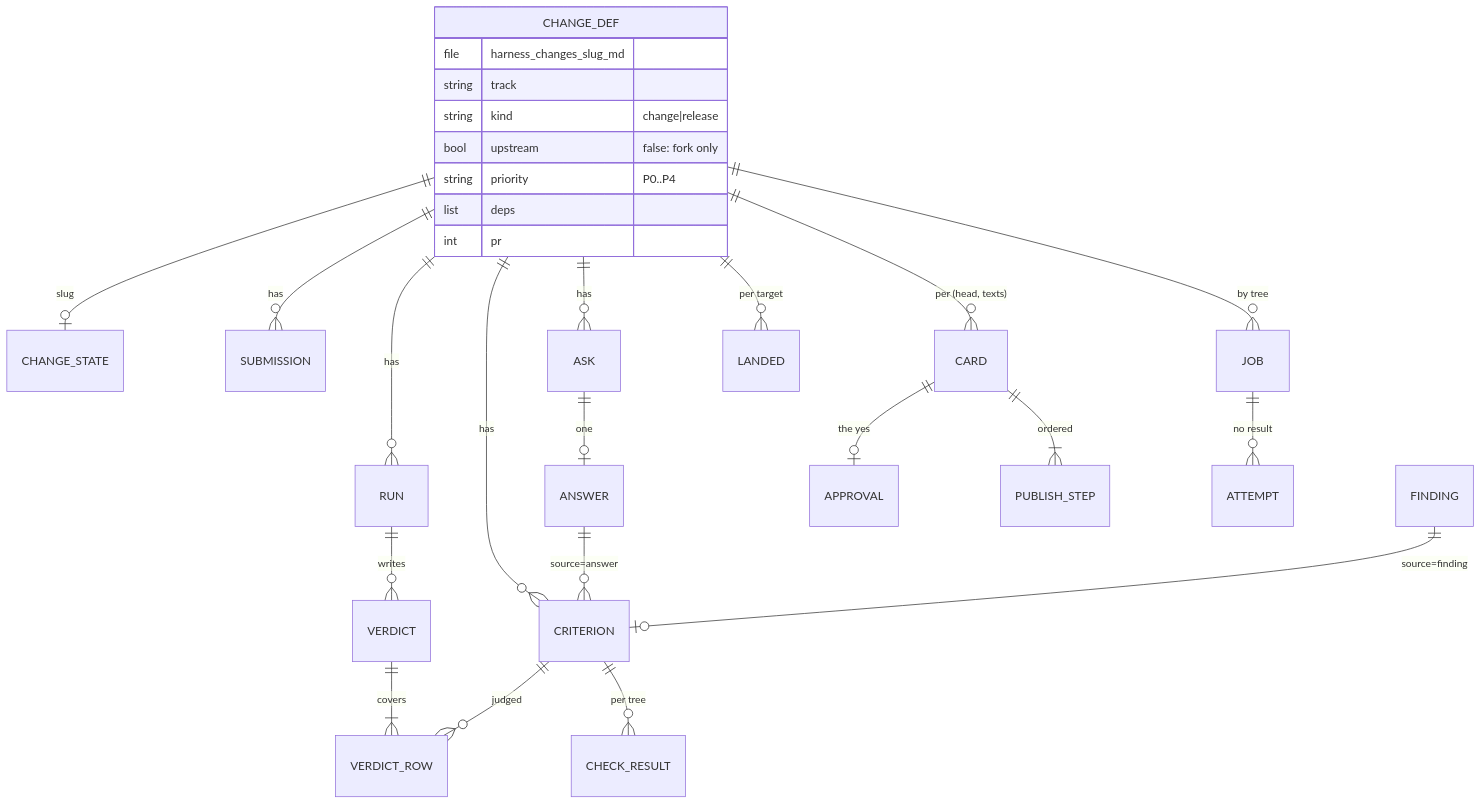
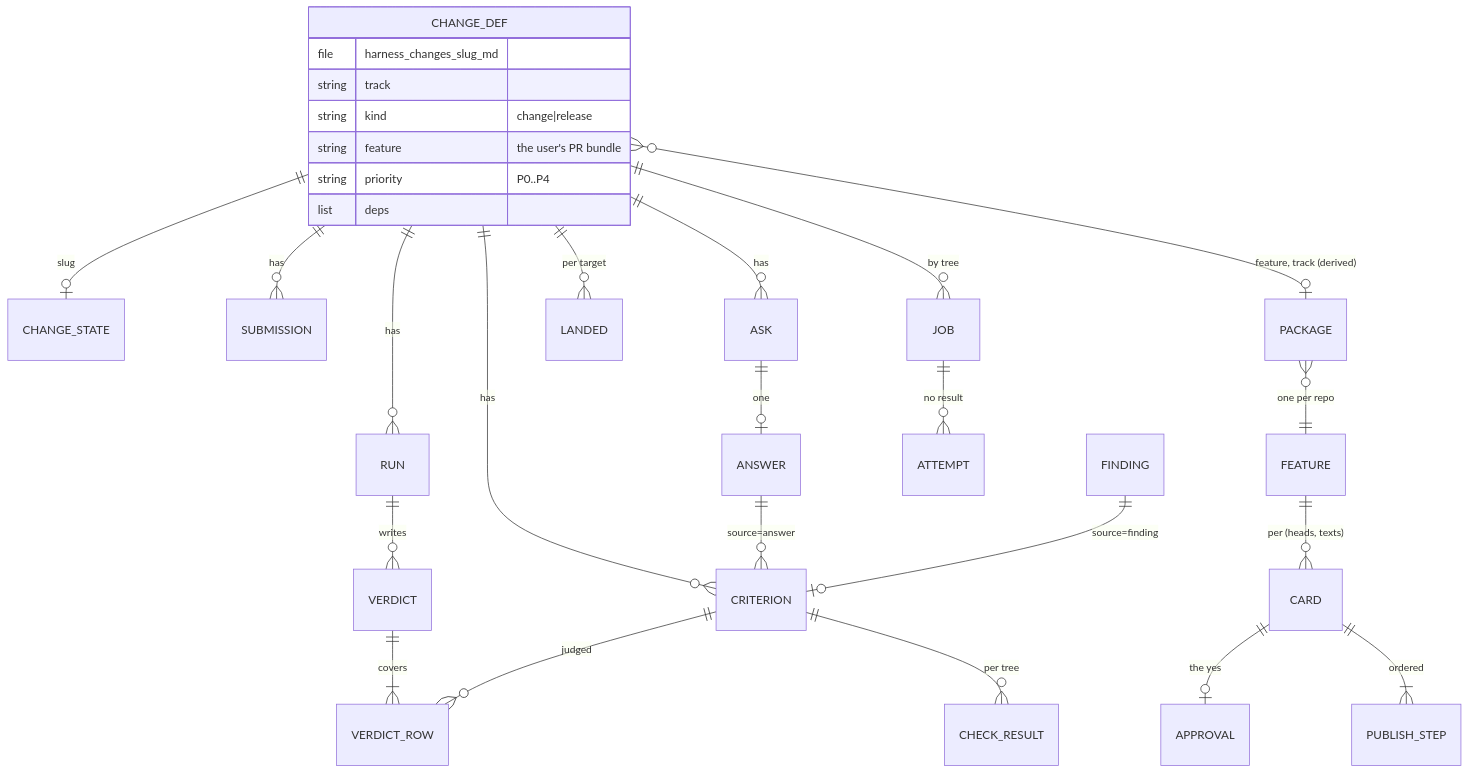
One commit to AlexPerrin/RuneHarness changed the first of 8 diagrams in docs/ARCHITECTURE.md. Above: the diagram before and after it, drawn with Mermaid. The commit also changed other lines of this file and 40 other files, not shown here.

````diff
--- a/docs/ARCHITECTURE.md
+++ b/docs/ARCHITECTURE.md
@@ -190,30 +193,31 @@
 ```mermaid
 erDiagram
   CHANGE_DEF ||--o| CHANGE_STATE : "slug"
   CHANGE_DEF ||--o{ RUN : has
   CHANGE_DEF ||--o{ SUBMISSION : has
   CHANGE_DEF ||--o{ CRITERION : has
   CRITERION ||--o{ CHECK_RESULT : "per tree"
   RUN ||--o{ VERDICT : writes
   VERDICT ||--|{ VERDICT_ROW : covers
   CRITERION ||--o{ VERDICT_ROW : judged
   CHANGE_DEF ||--o{ ASK : has
   ASK ||--o| ANSWER : "one"
   ANSWER ||--o{ CRITERION : "source=answer"
   FINDING ||--o| CRITERION : "source=finding"
-  CHANGE_DEF ||--o{ CARD : "per (head, texts)"
   CARD ||--o| APPROVAL : "the yes"
   CARD ||--|{ PUBLISH_STEP : "ordered"
   CHANGE_DEF ||--o{ JOB : "by tree"
   JOB ||--o{ ATTEMPT : "no result"
   CHANGE_DEF ||--o{ LANDED : "per target"
   CHANGE_DEF {
     file harness_changes_slug_md
     string track
     string kind "change|release"
-    bool upstream "false: fork only"
+    string feature "the user's PR bundle"
     string priority "P0..P4"
     list deps
-    int pr
   }
+  CHANGE_DEF }o--o| PACKAGE : "feature, track (derived)"
+  PACKAGE }o--|| FEATURE : "one per repo"
+  FEATURE ||--o{ CARD : "per (heads, texts)"
 ```
````
